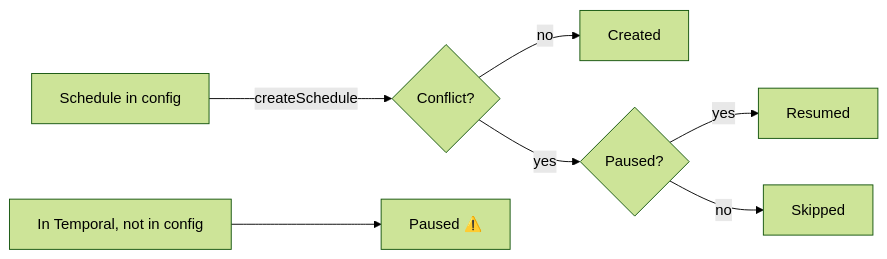
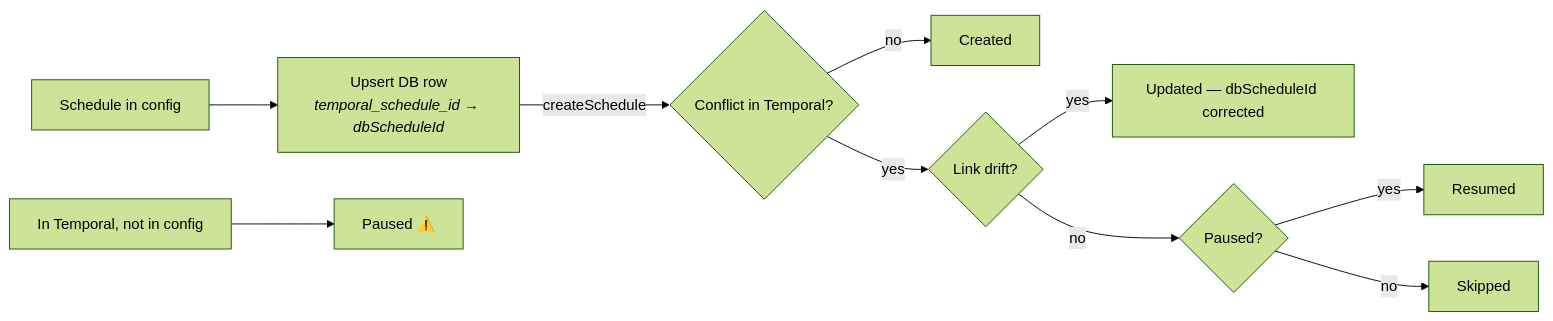
Before and after one commit to Cogni-DAO/node-template: the second of 2 diagrams in docs/spec/governance-scheduling.md, drawn with Mermaid (forest theme). The commit also changed other lines of this file and 3 other files, not shown here.

````diff
--- a/docs/spec/governance-scheduling.md
+++ b/docs/spec/governance-scheduling.md
@@ -59,10 +61,13 @@
 ```mermaid
 flowchart LR
-    S[Schedule in config] -->|createSchedule| C{Conflict?}
+    S[Schedule in config] --> UPSERT[Upsert DB row<br/><i>temporal_schedule_id → dbScheduleId</i>]
+    UPSERT -->|createSchedule| C{Conflict in Temporal?}
     C -->|no| CREATED[Created]
-    C -->|yes| P{Paused?}
+    C -->|yes| D{Link drift?}
+    D -->|yes| UPDATED[Updated — dbScheduleId corrected]
+    D -->|no| P{Paused?}
     P -->|yes| RESUMED[Resumed]
     P -->|no| SKIPPED[Skipped]
 
     X[In Temporal, not in config] --> PAUSED[Paused ⚠️]
 ```
````
